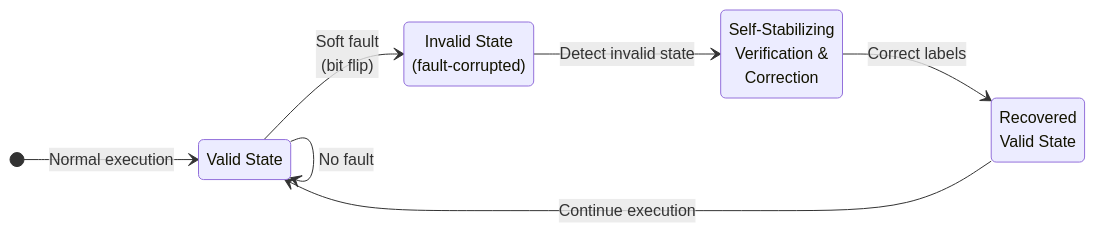
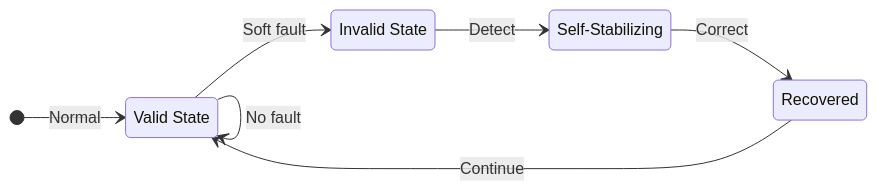
One commit to piyush314/piyush314.github.io changed the diagram in _projects/7_faulttolerant.md. Above: the diagram before and after it, drawn with Mermaid. The commit also changed 5 other files, not shown here.

First line of the commit message:
fix: simplify mermaid labels to plain text for rendering

````diff
--- a/_projects/7_faulttolerant.md
+++ b/_projects/7_faulttolerant.md
@@ -20,16 +20,16 @@
 ```mermaid
 stateDiagram-v2
     direction LR
 
     state "Valid State" as VS
-    state "Invalid State<br/>(fault-corrupted)" as IS
-    state "Self-Stabilizing<br/>Verification &<br/>Correction" as SS
-    state "Recovered<br/>Valid State" as RV
+    state "Invalid State" as IS
+    state "Self-Stabilizing" as SS
+    state "Recovered" as RV
 
-    [*] --> VS : Normal execution
-    VS --> IS : Soft fault<br/>(bit flip)
-    IS --> SS : Detect invalid state
-    SS --> RV : Correct labels
-    RV --> VS : Continue execution
+    [*] --> VS : Normal
+    VS --> IS : Soft fault
+    IS --> SS : Detect
+    SS --> RV : Correct
+    RV --> VS : Continue
     VS --> VS : No fault
 ```
````
